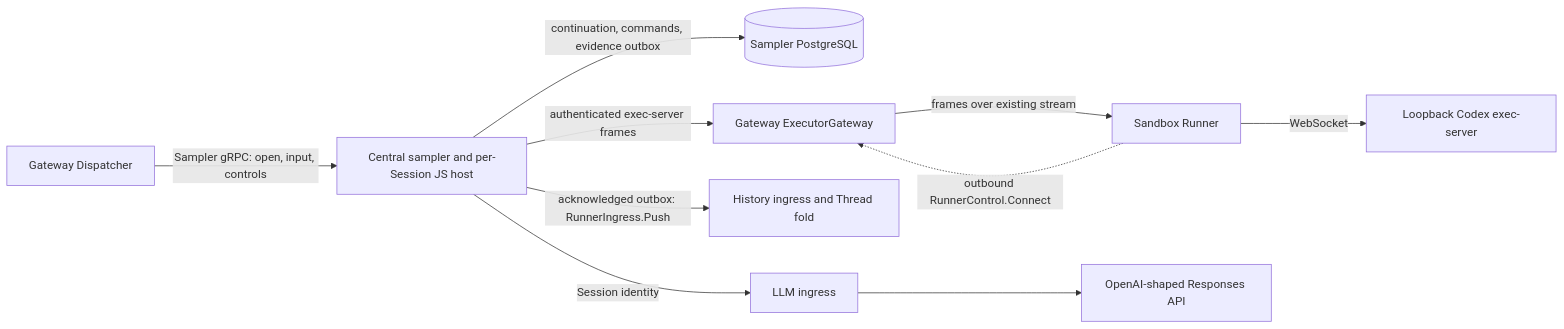
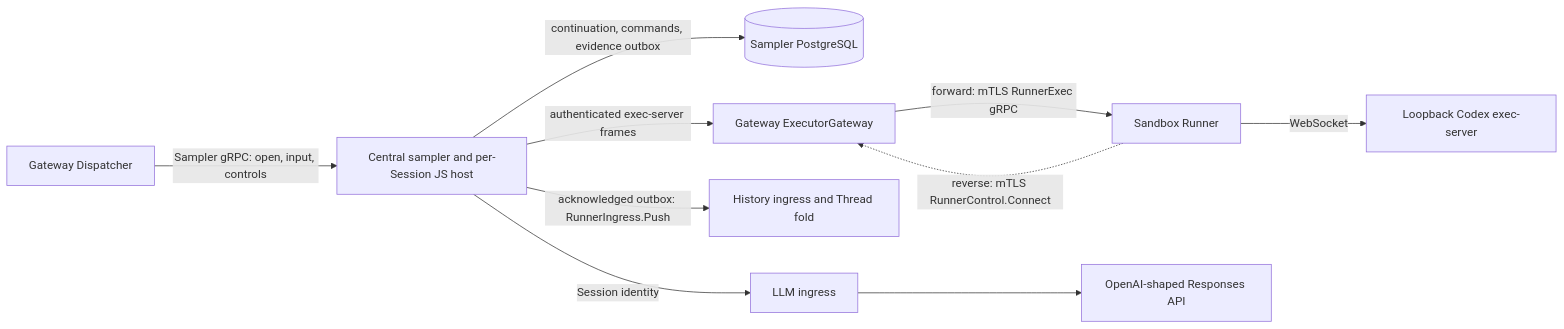
The second of 8 diagrams in agentplane/docs/system_overview.md (agentydragon/ducktape), drawn with Mermaid before and after one commit. The commit also changed other lines of this file and 125 other files, not shown here.

Commit message:
Support explicit forward and reverse runner control with cert-manager mTLS

````diff
--- a/agentplane/docs/system_overview.md
+++ b/agentplane/docs/system_overview.md
@@ -34,20 +34,20 @@
 ```mermaid
 flowchart LR
     dispatcher[Gateway Dispatcher]
     sampler[Central sampler and per-Session JS host]
     db[(Sampler PostgreSQL)]
     gateway[Gateway ExecutorGateway]
     runner[Sandbox Runner]
     executor[Loopback Codex exec-server]
     history[History ingress and Thread fold]
     llm[LLM ingress]
     provider[OpenAI-shaped Responses API]
     dispatcher -->|Sampler gRPC: open, input, controls| sampler
     sampler -->|continuation, commands, evidence outbox| db
     sampler -->|authenticated exec-server frames| gateway
-    runner -.->|outbound RunnerControl.Connect| gateway
-    gateway -->|frames over existing stream| runner
+    runner -.->|reverse: mTLS RunnerControl.Connect| gateway
+    gateway -->|forward: mTLS RunnerExec gRPC| runner
     runner -->|WebSocket| executor
     sampler -->|acknowledged outbox: RunnerIngress.Push| history
     sampler -->|Session identity| llm --> provider
 ```
````
